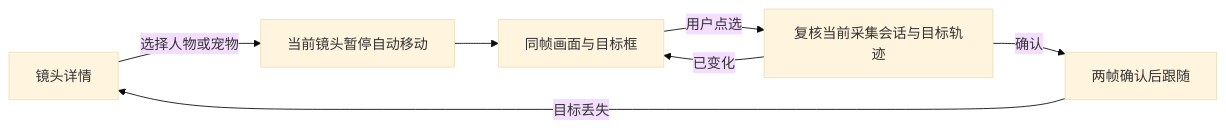
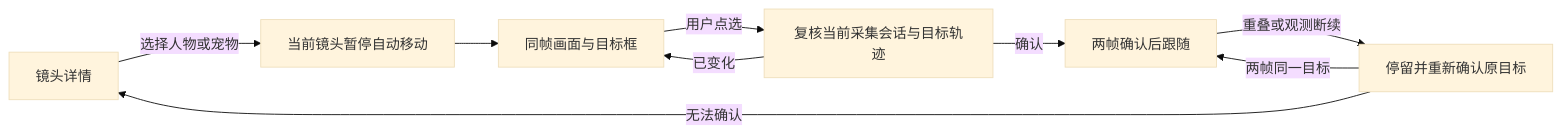
Before and after one commit to Geeprox/Friday: the fifth of 32 diagrams in docs/architecture.md, drawn with Mermaid (base theme). The commit also changed other lines of this file and 10 other files, not shown here.

````diff
--- a/docs/architecture.md
+++ b/docs/architecture.md
@@ -134,9 +136,11 @@
 ```mermaid
 flowchart LR
   A[镜头详情] -->|选择人物或宠物| B[当前镜头暂停自动移动]
   B --> C[同帧画面与目标框]
   C -->|用户点选| D[复核当前采集会话与目标轨迹]
   D -->|确认| E[两帧确认后跟随]
   D -->|已变化| C
-  E -->|目标丢失| A
+  E -->|重叠或观测断续| F[停留并重新确认原目标]
+  F -->|两帧同一目标| E
+  F -->|无法确认| A
 ```
````
